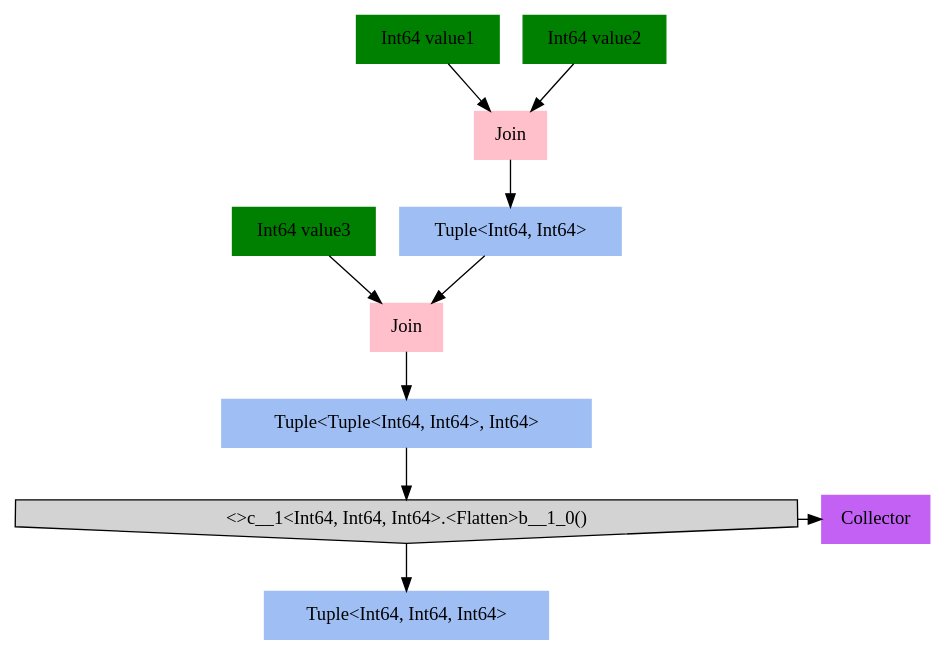
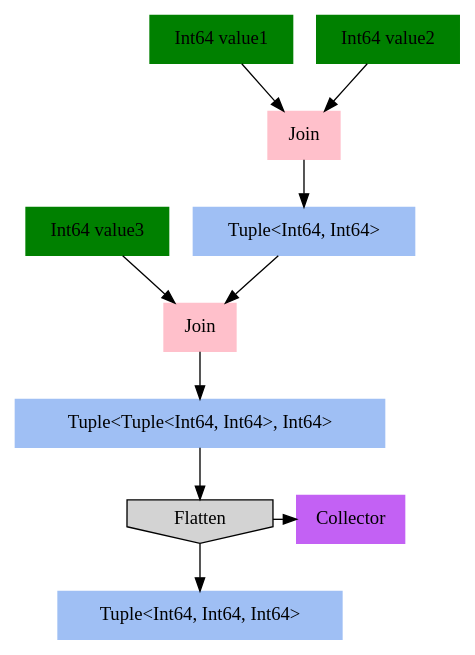
One commit to refactoring-pipelines/Pipelines changed the diagram in Refactoring.Pipelines.Test/PipelineTests.Flatten.approved.dot. Above: the diagram before and after it, drawn with Graphviz. The commit also changed 3 other files, not shown here.

```diff
--- a/Refactoring.Pipelines.Test/PipelineTests.Flatten.approved.dot
+++ b/Refactoring.Pipelines.Test/PipelineTests.Flatten.approved.dot
@@ -1,24 +1,24 @@
 digraph G { node [style=filled, shape=rec]
 
 # Nodes
 {"Tuple<Int64, Int64>", "Int64 value3"} -> "Join" -> "Tuple<Tuple<Int64, Int64>, Int64>"
-"Tuple<Tuple<Int64, Int64>, Int64>" -> "<>c__1<Int64, Int64, Int64>.<Flatten>b__1_0()" -> {"Tuple<Int64, Int64, Int64>", "Collector"}
+"Tuple<Tuple<Int64, Int64>, Int64>" -> "Flatten" -> {"Tuple<Int64, Int64, Int64>", "Collector"}
 {"Int64 value1", "Int64 value2"} -> "Join 1" -> "Tuple<Int64, Int64>"
 
 
 # Formatting
 "Int64 value3" [color=green]
 "Tuple<Tuple<Int64, Int64>, Int64>" [color="#9fbff4"]
 "Join" [color=pink]
 "Tuple<Int64, Int64, Int64>" [color="#9fbff4"]
-"<>c__1<Int64, Int64, Int64>.<Flatten>b__1_0()" [shape=invhouse]
+"Flatten" [shape=invhouse]
 "Collector" [color = "#c361f4"]
 "Int64 value1" [color=green]
 "Tuple<Int64, Int64>" [color="#9fbff4"]
 "Join 1" [label="Join", color=pink]
 "Int64 value2" [color=green]
 
-{ rank=same; "<>c__1<Int64, Int64, Int64>.<Flatten>b__1_0()", "Collector"}
+{ rank=same; "Flatten", "Collector"}
 
 
 }
```
